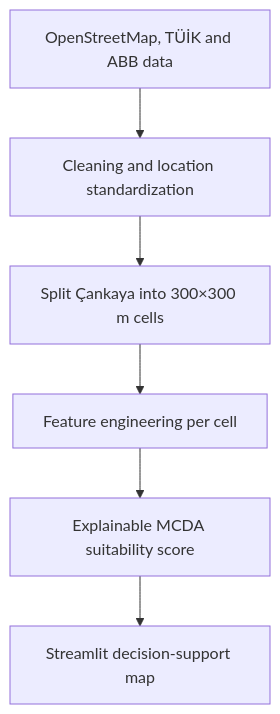
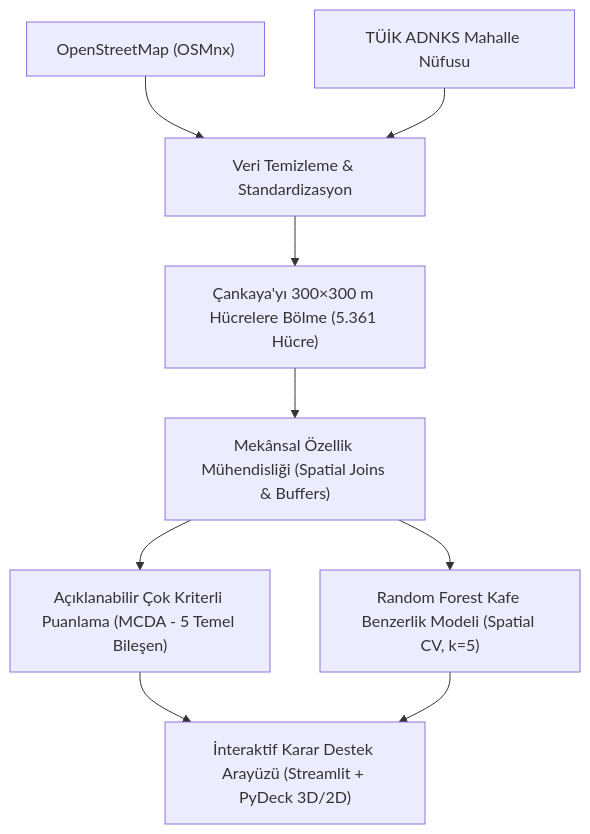
The diagram in README.md (edasaruhan/SIC_AI_17_Capstone_Group_6), drawn with Mermaid before and after one commit. The commit also changed other lines of this file, not shown here.

````diff
--- a/README.md
+++ b/README.md
@@ -24,8 +23,11 @@
 ```mermaid
 flowchart TD
-    A["OpenStreetMap, TÜİK and ABB data"] --> B["Cleaning and location standardization"]
-    B --> C["Split Çankaya into 300×300 m cells"]
-    C --> D["Feature engineering per cell"]
-    D --> E["Explainable MCDA suitability score"]
-    E --> F["Streamlit decision-support map"]
+    A["OpenStreetMap (OSMnx)"] --> B["Veri Temizleme & Standardizasyon"]
+    T["TÜİK ADNKS Mahalle Nüfusu"] --> B
+    B --> C["Çankaya'yı 300×300 m Hücrelere Bölme (5.361 Hücre)"]
+    C --> D["Mekânsal Özellik Mühendisliği (Spatial Joins & Buffers)"]
+    D --> E["Açıklanabilir Çok Kriterli Puanlama (MCDA - 5 Temel Bileşen)"]
+    D --> F["Random Forest Kafe Benzerlik Modeli (Spatial CV, k=5)"]
+    E --> G["İnteraktif Karar Destek Arayüzü (Streamlit + PyDeck 3D/2D)"]
+    F --> G
 ```
````
